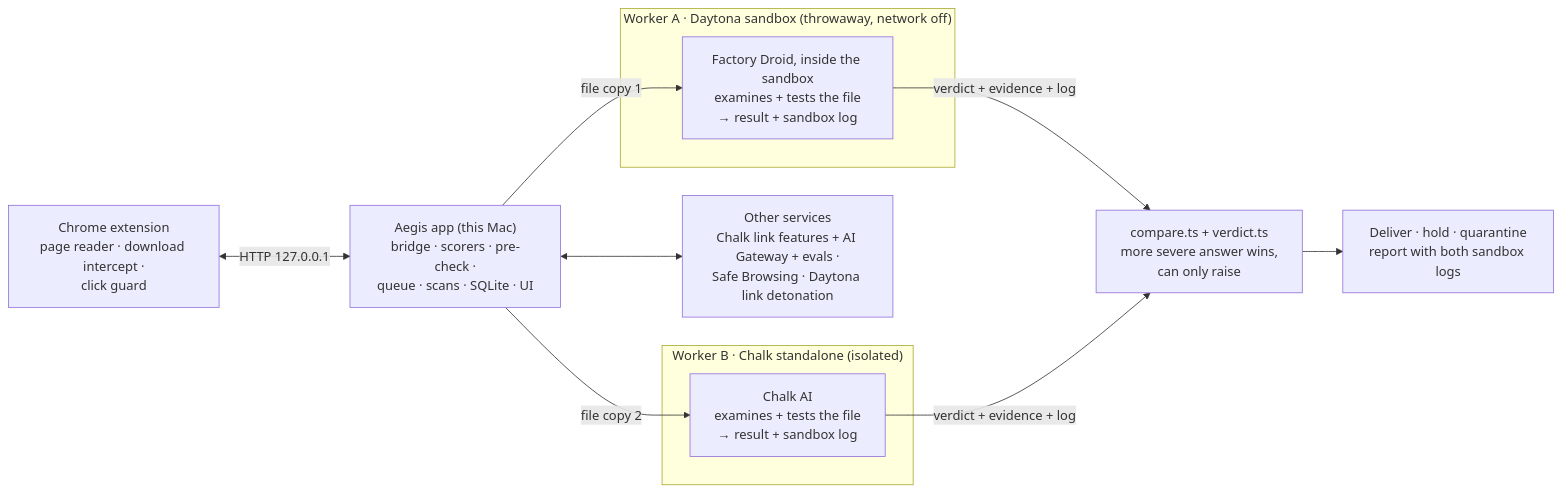
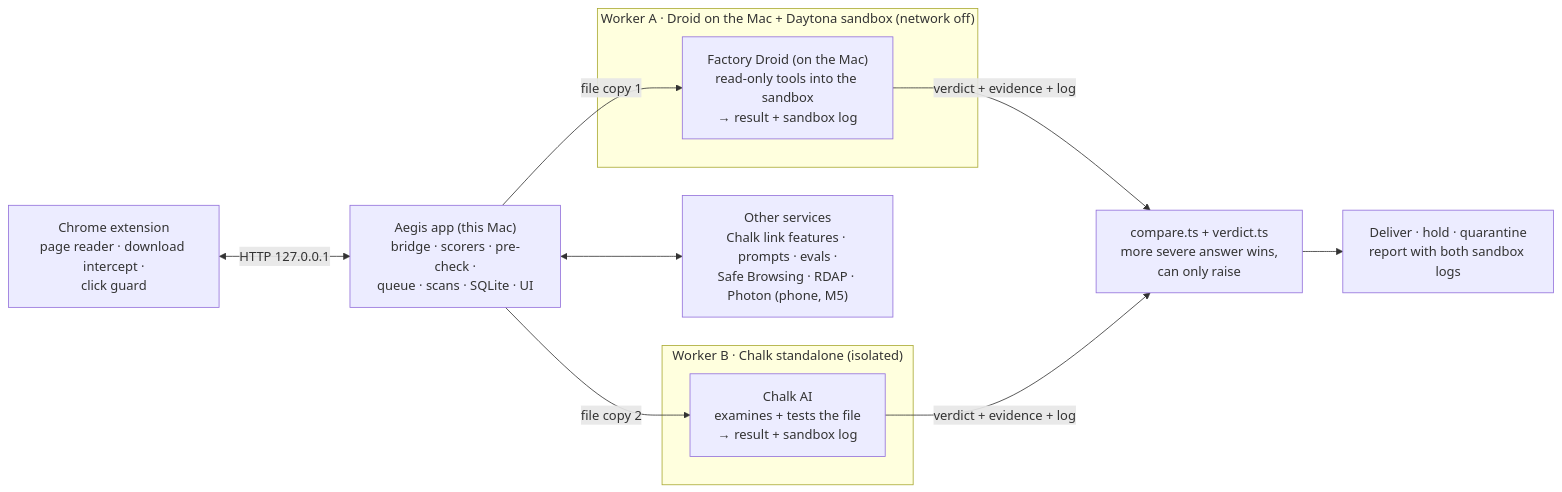
Before and after one commit to evandong1976/Aegis: the first of 10 diagrams in docs/architectural.md, drawn with Mermaid. The commit also changed other lines of this file, not shown here.

First line of the commit message:
docs(architectural): Droid on the Mac, links judged without opening, Photon back in scope

````diff
--- a/docs/architectural.md
+++ b/docs/architectural.md
@@ -48,22 +54,22 @@
 ```mermaid
 flowchart LR
   EXT["Chrome extension<br/>page reader · download intercept ·<br/>click guard"]
   APP["Aegis app (this Mac)<br/>bridge · scorers · pre-check ·<br/>queue · scans · SQLite · UI"]
-  subgraph WA["Worker A · Daytona sandbox (throwaway, network off)"]
-    DROID["Factory Droid, inside the sandbox<br/>examines + tests the file<br/>→ result + sandbox log"]
+  subgraph WA["Worker A · Droid on the Mac + Daytona sandbox (network off)"]
+    DROID["Factory Droid (on the Mac)<br/>read-only tools into the sandbox<br/>→ result + sandbox log"]
   end
   subgraph WB["Worker B · Chalk standalone (isolated)"]
     CHAI["Chalk AI<br/>examines + tests the file<br/>→ result + sandbox log"]
   end
   CMP["compare.ts + verdict.ts<br/>more severe answer wins,<br/>can only raise"]
   OUT["Deliver · hold · quarantine<br/>report with both sandbox logs"]
-  OTHER["Other services<br/>Chalk link features + AI Gateway + evals ·<br/>Safe Browsing · Daytona link detonation"]
+  OTHER["Other services<br/>Chalk link features · prompts · evals ·<br/>Safe Browsing · RDAP · Photon (phone, M5)"]
 
   EXT <-->|"HTTP 127.0.0.1"| APP
   APP -->|"file copy 1"| DROID
   APP -->|"file copy 2"| CHAI
   DROID -->|"verdict + evidence + log"| CMP
   CHAI -->|"verdict + evidence + log"| CMP
   CMP --> OUT
   APP <--> OTHER
 ```
````
